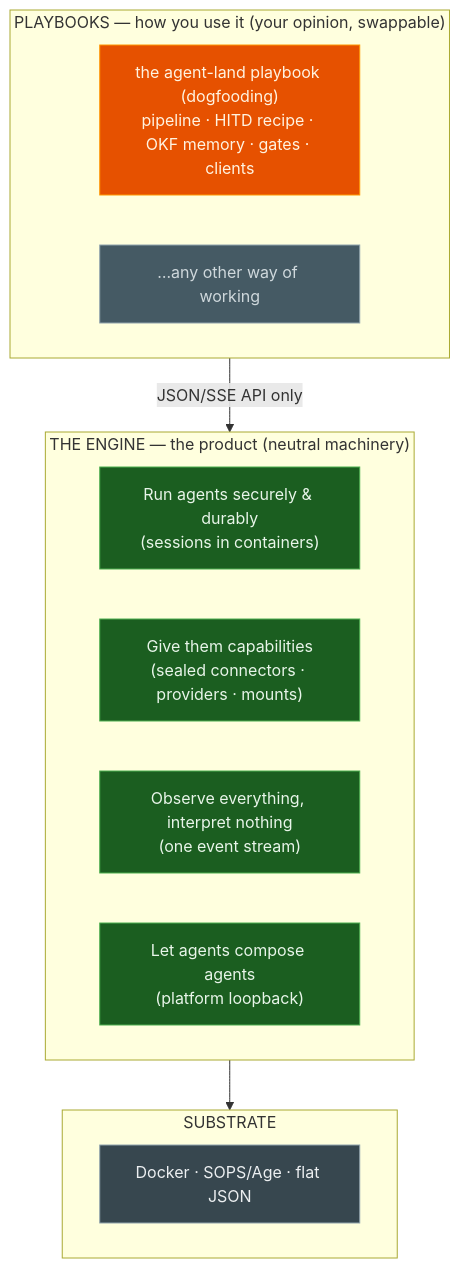
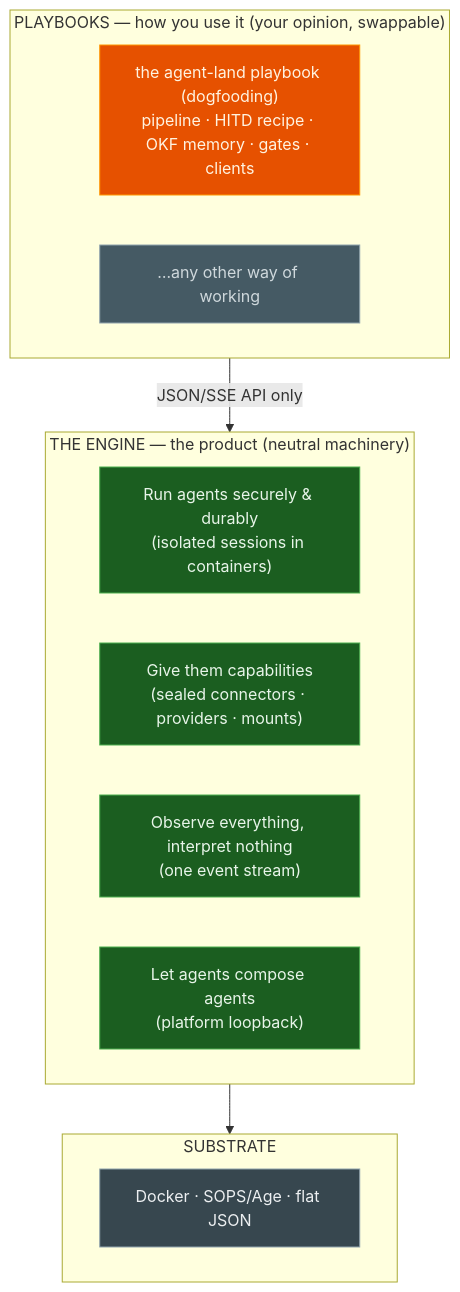
The diagram in docs/knowledge/product/goals/product-vision.md (marcoklein/agent-land), drawn with Mermaid before and after one commit. The commit also changed other lines of this file and 3 other files, not shown here.

````diff
--- a/docs/knowledge/product/goals/product-vision.md
+++ b/docs/knowledge/product/goals/product-vision.md
@@ -40,22 +41,22 @@
 ```mermaid
 graph TB
     subgraph comp["PLAYBOOKS — how you use it (your opinion, swappable)"]
         dogfood["the agent-land playbook (dogfooding)<br/>pipeline · HITD recipe · OKF memory · gates · clients"]:::flag
         any["…any other way of working"]:::dim
     end
     subgraph core["THE ENGINE — the product (neutral machinery)"]
-        run["Run agents securely & durably<br/>(sessions in containers)"]:::core
+        run["Run agents securely & durably<br/>(isolated sessions in containers)"]:::core
         cap["Give them capabilities<br/>(sealed connectors · providers · mounts)"]:::core
         obs["Observe everything, interpret nothing<br/>(one event stream)"]:::core
         loop["Let agents compose agents<br/>(platform loopback)"]:::core
     end
     subgraph sub["SUBSTRATE"]
         infra["Docker · SOPS/Age · flat JSON"]:::substrate
     end
     comp -->|"JSON/SSE API only"| core --> sub
 
     classDef core fill:#1b5e20,stroke:#4caf50,color:#e8f5e9
     classDef substrate fill:#37474f,stroke:#90a4ae,color:#eceff1
     classDef flag fill:#e65100,stroke:#ff9800,color:#fff3e0
     classDef dim fill:#455a64,stroke:#90a4ae,color:#cfd8dc
 ```
````
